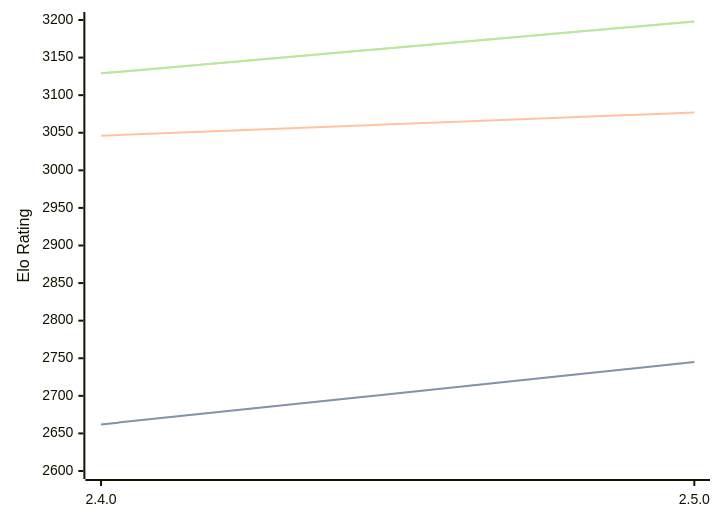
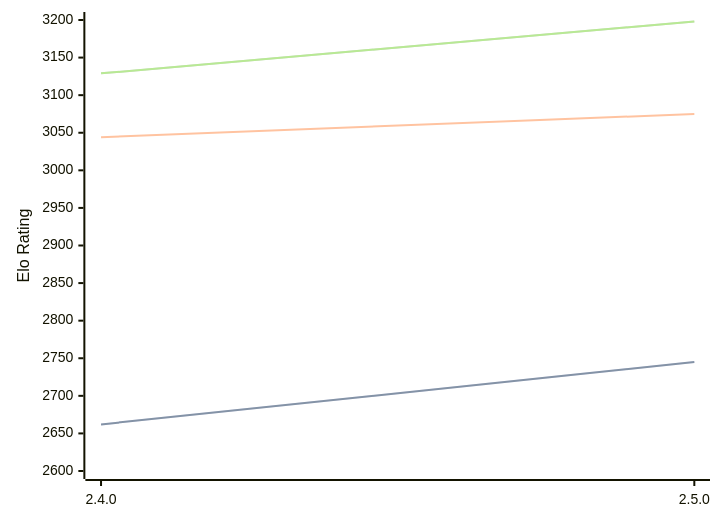
The diagram in engines/Sturddle2.md (computer-chess-index/cci), drawn with Mermaid before and after one commit. The commit also changed other lines of this file, not shown here.

````diff
--- a/engines/Sturddle2.md
+++ b/engines/Sturddle2.md
@@ -35,11 +35,11 @@
 ```mermaid
 %%{init: {"theme":"base","themeVariables":{"seriesColors:['#a3a3a3','#222221','#faa371']}}}%%
 xychart-beta
   x-axis ["2.4.0", "2.5.0"]
   y-axis "Elo Rating" 2600 --> 3200
   line "STC (8.0+0.08s)" [2662, 2745]
   line "STC (8.0+0.08s)" [2662, 2745]
-  line "LTC (60.0+0.60s)" [3046, 3077]
+  line "LTC (60.0+0.60s)" [3044, 3075]
   line "VLTC (2m24s+1.12s)" [3129, 3198]
   line "VLTC (2m24s+1.12s)" [3129, 3198]
 ```
````
